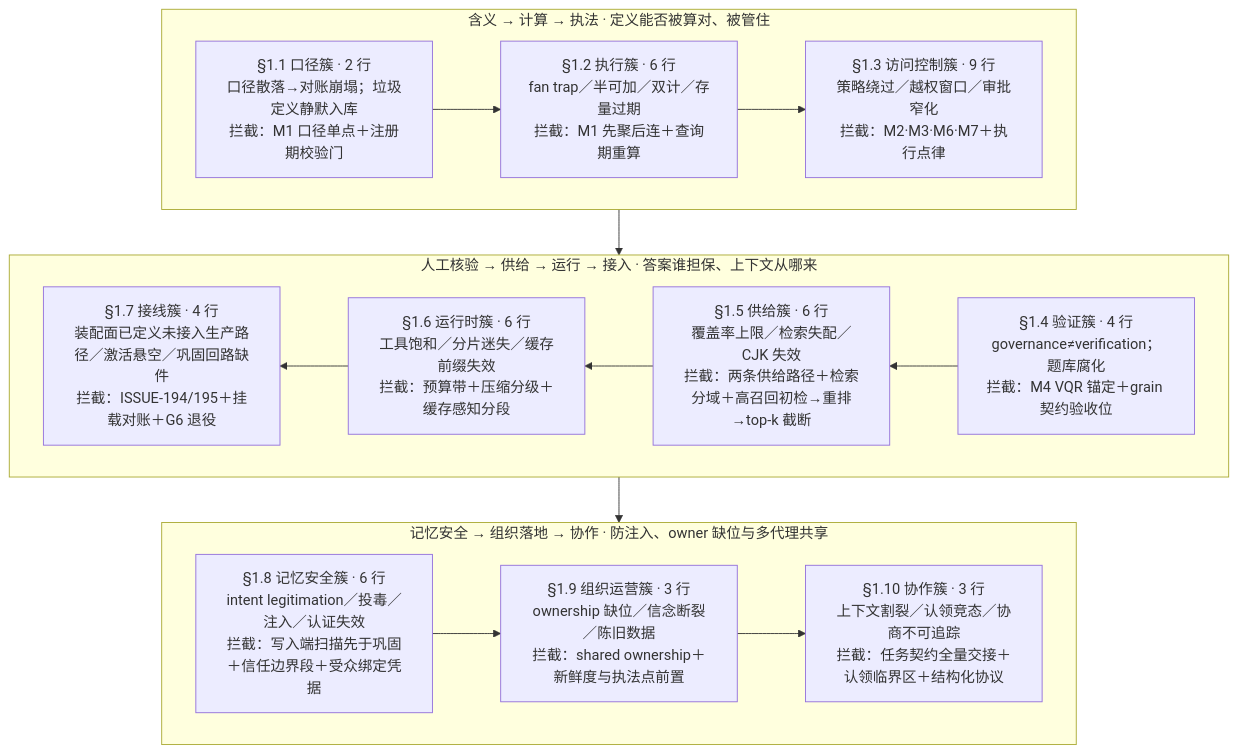
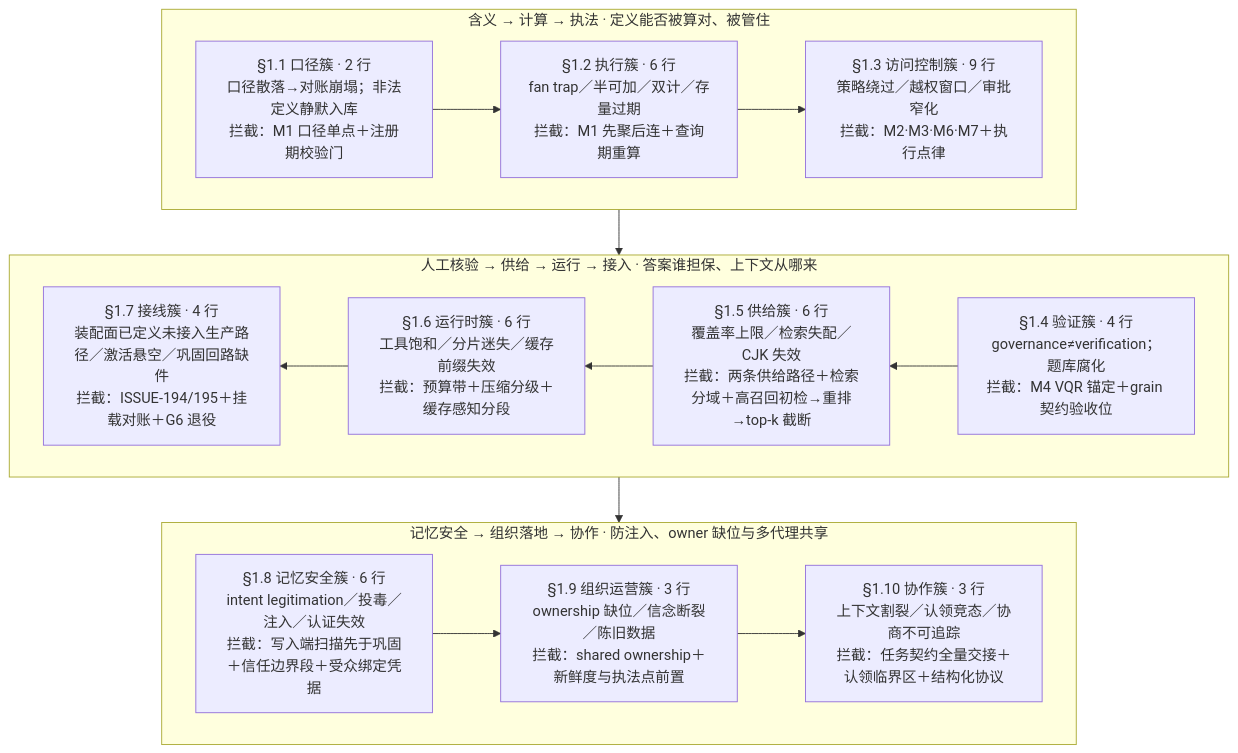
The diagram in docs/assets/mermaid/cognitive-context/context-layer--failure-map.mmd (ThreeFish-AI/negentropy), drawn with Mermaid before and after one commit. The commit also changed 29 other files, not shown here.

```diff
--- a/docs/assets/mermaid/cognitive-context/context-layer--failure-map.mmd
+++ b/docs/assets/mermaid/cognitive-context/context-layer--failure-map.mmd
@@ -1,33 +1,33 @@
 %%source: docs/research/cognitive-context/013-context-layer-blueprint.md §1 失效模式登记簿：十类失效汇总（十簇失效形态总览）
 %%slug: cognitive-context/context-layer--failure-map
 %%type: architecture
 %%derived: archify architecture v2, authored fresh（v1 八失效×四层映射退役；新构型＝登记簿十簇蛇形主链穿过三条问题带，簇节点标行数与代表失效、tag 标主要防护）
 flowchart TB
     subgraph T1["含义 → 计算 → 执法 · 定义能否被算对、被管住"]
         direction LR
-        C1["§1.1 口径簇 · 2 行<br/>口径散落→对账崩塌；垃圾定义静默入库<br/>拦截：M1 口径单点＋注册期校验门"]
+        C1["§1.1 口径簇 · 2 行<br/>口径散落→对账崩塌；非法定义静默入库<br/>拦截：M1 口径单点＋注册期校验门"]
         C2["§1.2 执行簇 · 6 行<br/>fan trap／半可加／双计／存量过期<br/>拦截：M1 先聚后连＋查询期重算"]
         C3["§1.3 访问控制簇 · 9 行<br/>策略绕过／越权窗口／审批窄化<br/>拦截：M2·M3·M6·M7＋执行点律"]
     end
     subgraph T2["人工核验 → 供给 → 运行 → 接入 · 答案谁担保、上下文从哪来"]
         direction RL
         C4["§1.4 验证簇 · 4 行<br/>governance≠verification；题库腐化<br/>拦截：M4 VQR 锚定＋grain 契约验收位"]
         C5["§1.5 供给簇 · 6 行<br/>覆盖率上限／检索失配／CJK 失效<br/>拦截：两条供给路径＋检索分域＋高召回初检→重排→top-k 截断"]
         C6["§1.6 运行时簇 · 6 行<br/>工具饱和／分片迷失／缓存前缀失效<br/>拦截：预算带＋压缩分级＋缓存感知分段"]
         C7["§1.7 接线簇 · 4 行<br/>装配面已定义未接入生产路径／激活悬空／巩固回路缺件<br/>拦截：ISSUE-194/195＋挂载对账＋G6 退役"]
     end
     subgraph T3["记忆安全 → 组织落地 → 协作 · 防注入、owner 缺位与多代理共享"]
         direction LR
         C8["§1.8 记忆安全簇 · 6 行<br/>intent legitimation／投毒／注入／认证失效<br/>拦截：写入端扫描先于巩固＋信任边界段＋受众绑定凭据"]
         C9["§1.9 组织运营簇 · 3 行<br/>ownership 缺位／信念断裂／陈旧数据<br/>拦截：shared ownership＋新鲜度与执法点前置"]
         C10["§1.10 协作簇 · 3 行<br/>上下文割裂／认领竞态／协商不可追踪<br/>拦截：任务契约全量交接＋认领临界区＋结构化协议"]
     end
     C1 --> C2
     C2 --> C3
     C3 --> C4
     C4 --> C5
     C5 --> C6
     C6 --> C7
     C7 --> C8
     C8 --> C9
     C9 --> C10
```
